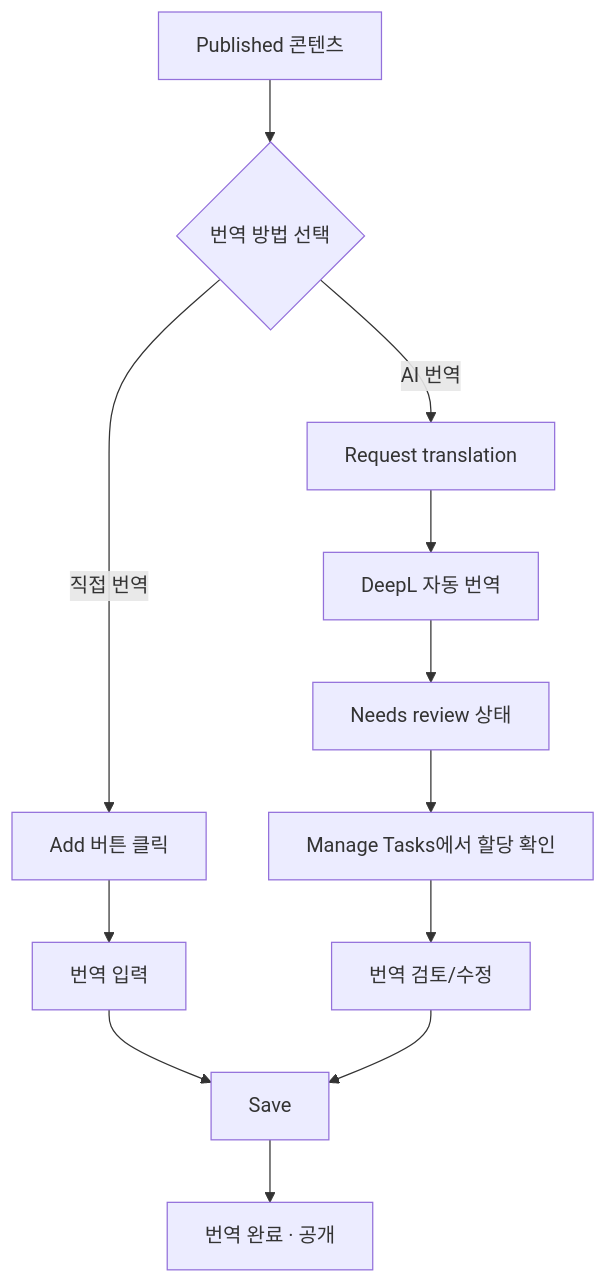
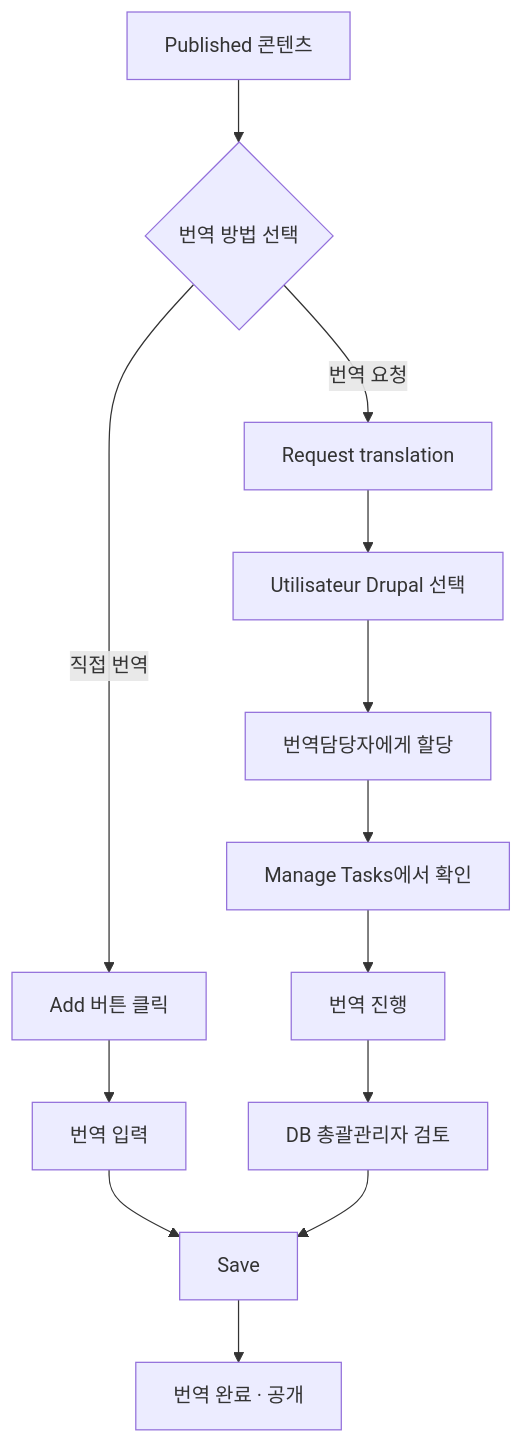
Before and after one commit to sknkwoxs/manual-book: the second of 2 diagrams in src/content/docs/gced/manual/06-translation.md, drawn with Mermaid. The commit also changed other lines of this file and 5 other files, not shown here.

````diff
--- a/src/content/docs/gced/manual/06-translation.md
+++ b/src/content/docs/gced/manual/06-translation.md
@@ -371,14 +320,15 @@
 ```mermaid
 flowchart TD
     A[Published 콘텐츠] --> B{번역 방법 선택}
     B -->|직접 번역| C[Add 버튼 클릭]
-    B -->|AI 번역| D[Request translation]
+    B -->|번역 요청| D[Request translation]
     C --> E[번역 입력]
-    D --> F[DeepL 자동 번역]
-    F --> G[Needs review 상태]
-    G --> K[Manage Tasks에서 할당 확인]
-    K --> H[번역 검토/수정]
-    E --> I[Save]
-    H --> I
-    I --> J[번역 완료 · 공개]
+    D --> F[Utilisateur Drupal 선택]
+    F --> G[번역담당자에게 할당]
+    G --> H[Manage Tasks에서 확인]
+    H --> I[번역 진행]
+    E --> J[Save]
+    I --> K[DB 총괄관리자 검토]
+    K --> J
+    J --> L[번역 완료 · 공개]
 ```
````
